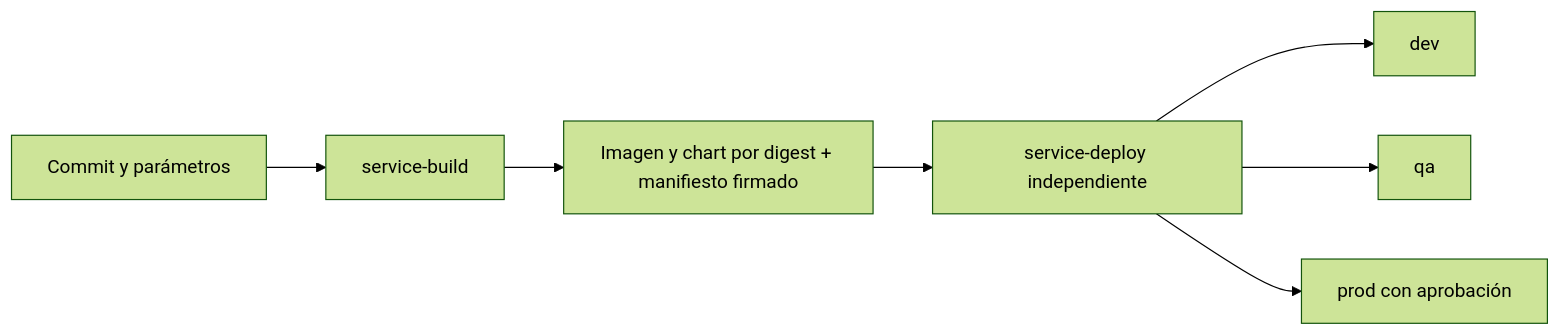
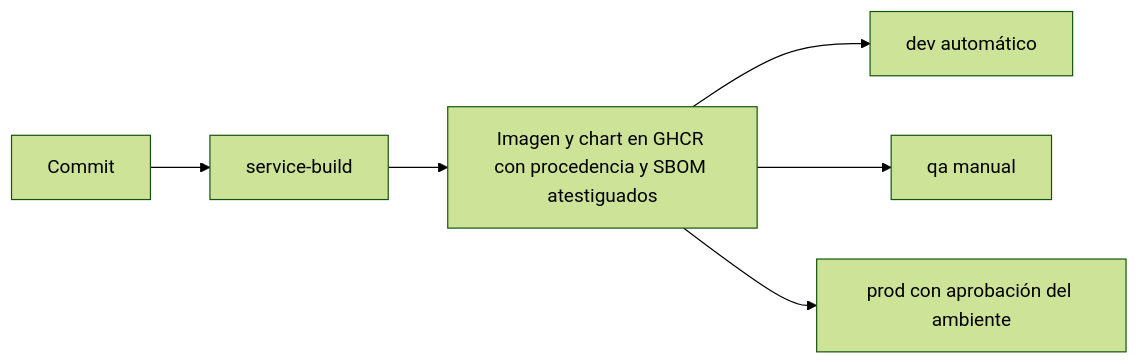
One commit to edgarrth/java-framework-custom changed the diagram in axiz-docs/docs/operacion/ci-cd.md. Above: the diagram before and after it, drawn with Mermaid (forest theme). The commit also changed other lines of this file and 577 other files, not shown here.

````diff
--- a/axiz-docs/docs/operacion/ci-cd.md
+++ b/axiz-docs/docs/operacion/ci-cd.md
@@ -38,9 +21,8 @@
 ```mermaid
 flowchart LR
-  C[Commit y parámetros] --> B[service-build]
-  B --> A[Imagen y chart por digest + manifiesto firmado]
-  A --> D[service-deploy independiente]
-  D --> V[dev]
-  D --> Q[qa]
-  D --> P[prod con aprobación]
+  C[Commit] --> B[service-build]
+  B --> A[Imagen y chart en GHCR con procedencia y SBOM atestiguados]
+  A --> V[dev automático]
+  A --> Q[qa manual]
+  A --> P[prod con aprobación del ambiente]
 ```
````
